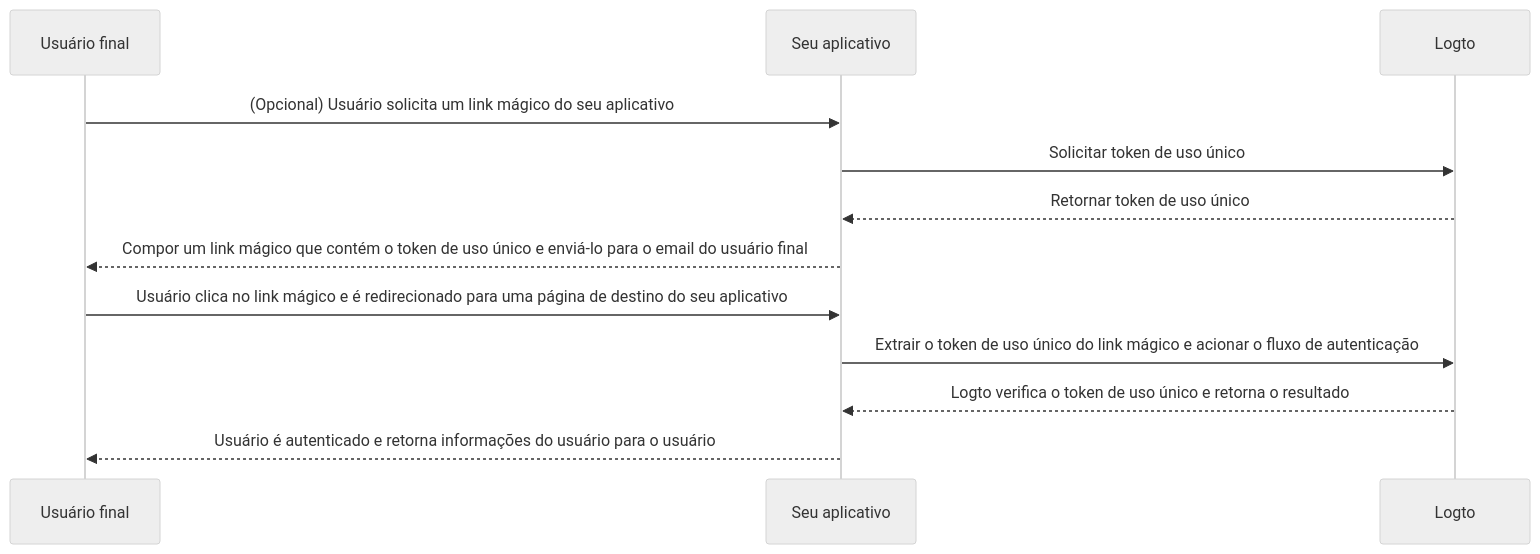
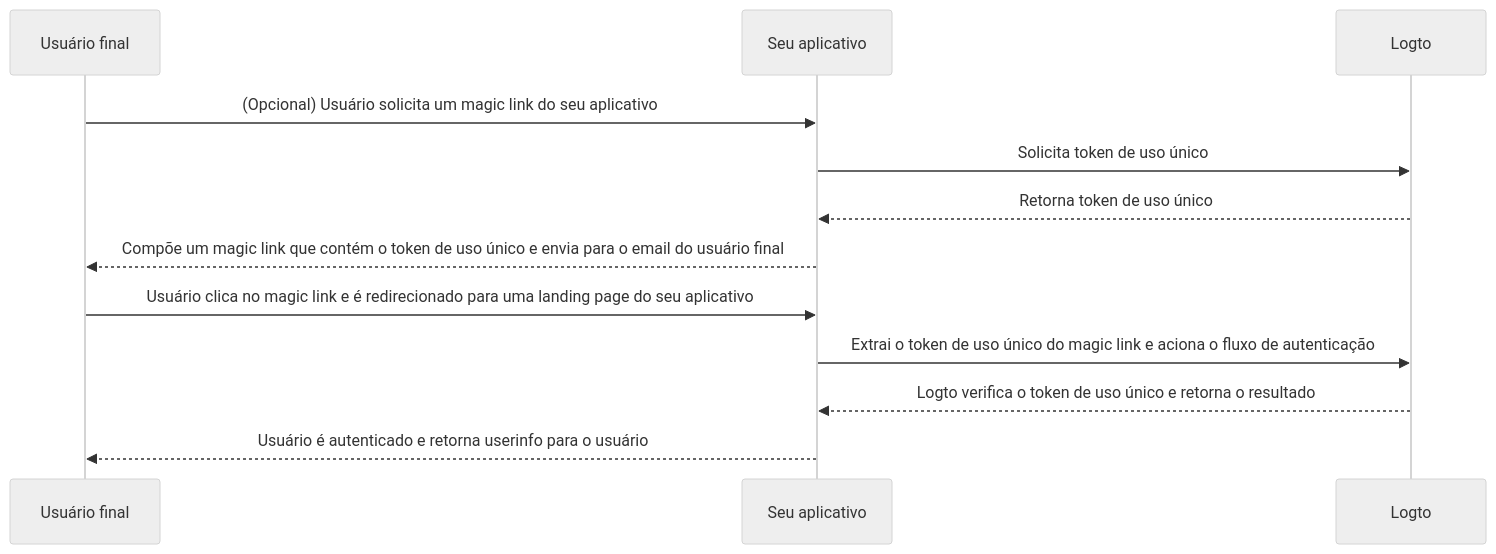
One commit to logto-io/docs changed the diagram in i18n/pt-BR/docusaurus-plugin-content-docs/current/end-user-flows/one-time-token.mdx. Above: the diagram before and after it, drawn with Mermaid (neutral theme). The commit also changed other lines of this file and 233 other files, not shown here.

````diff
--- a/i18n/pt-BR/docusaurus-plugin-content-docs/current/end-user-flows/one-time-token.mdx
+++ b/i18n/pt-BR/docusaurus-plugin-content-docs/current/end-user-flows/one-time-token.mdx
@@ -21,15 +24,15 @@
 ```mermaid
 sequenceDiagram
   participant U as Usuário final
   participant C as Seu aplicativo
   participant L as Logto
 
-  U ->> C: (Opcional) Usuário solicita um link mágico do seu aplicativo
-  C ->> L: Solicitar token de uso único
-  L -->> C: Retornar token de uso único
-  C -->> U: Compor um link mágico que contém o token de uso único e enviá-lo para o email do usuário final
-  U ->> C: Usuário clica no link mágico e é redirecionado para uma página de destino do seu aplicativo
-  C ->> L: Extrair o token de uso único do link mágico e acionar o fluxo de autenticação
+  U ->> C: (Opcional) Usuário solicita um magic link do seu aplicativo
+  C ->> L: Solicita token de uso único
+  L -->> C: Retorna token de uso único
+  C -->> U: Compõe um magic link que contém o token de uso único e envia para o email do usuário final
+  U ->> C: Usuário clica no magic link e é redirecionado para uma landing page do seu aplicativo
+  C ->> L: Extrai o token de uso único do magic link e aciona o fluxo de autenticação
   L -->> C: Logto verifica o token de uso único e retorna o resultado
-  C -->> U: Usuário é autenticado e retorna informações do usuário para o usuário
+  C -->> U: Usuário é autenticado e retorna userinfo para o usuário
 ```
````
